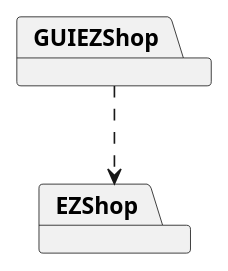
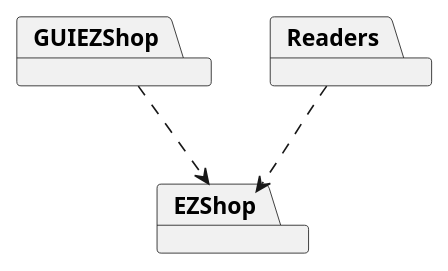
The first of 12 diagrams in Deliverables/DesignDocument.md (Stormz4/group20-EzShop), drawn with PlantUML before and after one commit. The commit also changed other lines of this file, not shown here.

Commit message:
Docs: Design Doc - Add Readers (Package Diagram + Class Diagram), fixed Seq Diag for UC7

````diff
--- a/Deliverables/DesignDocument.md
+++ b/Deliverables/DesignDocument.md
@@ -34,8 +34,9 @@
 ```plantuml
 @startuml
 package GUIEZShop
 package EZShop
-
+package Readers
 GUIEZShop ..> EZShop
+Readers ..> EZShop
 @enduml
 ```
````
